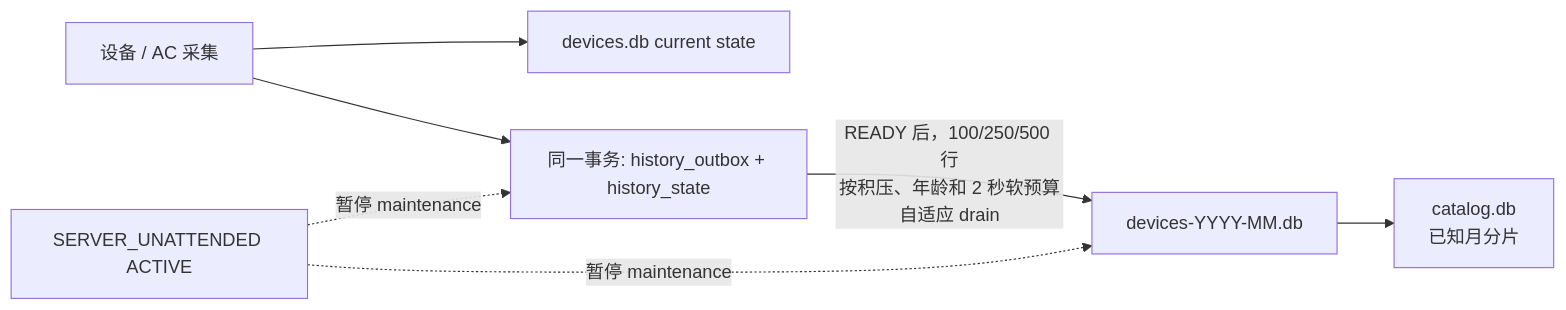
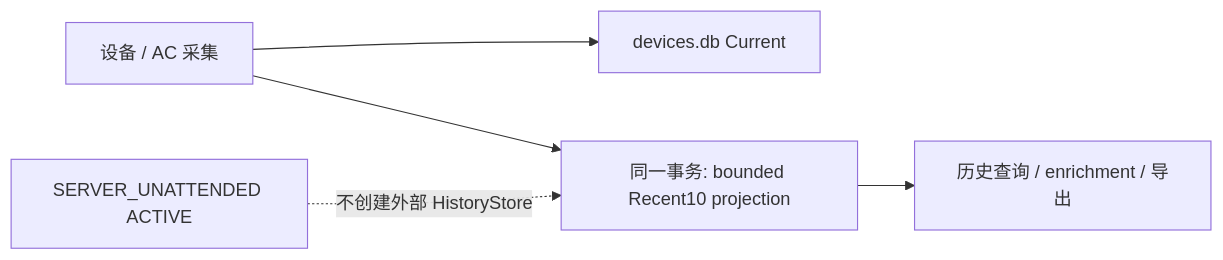
One commit to wxj183589/NetConsole changed the first of 3 diagrams in docs/storage/DATA_LAYOUT.md. Above: the diagram before and after it, drawn with Mermaid. The commit also changed other lines of this file and 33 other files, not shown here.

First line of the commit message:
彻底退役 Legacy HistoryStore

````diff
--- a/docs/storage/DATA_LAYOUT.md
+++ b/docs/storage/DATA_LAYOUT.md
@@ -114,9 +104,7 @@
 ```mermaid
 flowchart LR
-    C["设备 / AC 采集"] --> S["devices.db current state"]
-    C --> O["同一事务: history_outbox + history_state"]
-    O -->|"READY 后，100/250/500 行\n按积压、年龄和 2 秒软预算自适应 drain"| M["devices-YYYY-MM.db"]
-    M --> K["catalog.db\n已知月分片"]
-    U["SERVER_UNATTENDED ACTIVE"] -."暂停 maintenance".-> O
-    U -."暂停 maintenance".-> M
+    C["设备 / AC 采集"] --> S["devices.db Current"]
+    C --> R["同一事务: bounded Recent10 projection"]
+    R --> Q["历史查询 / enrichment / 导出"]
+    U["SERVER_UNATTENDED ACTIVE"] -."不创建外部 HistoryStore".-> R
 ```
````
